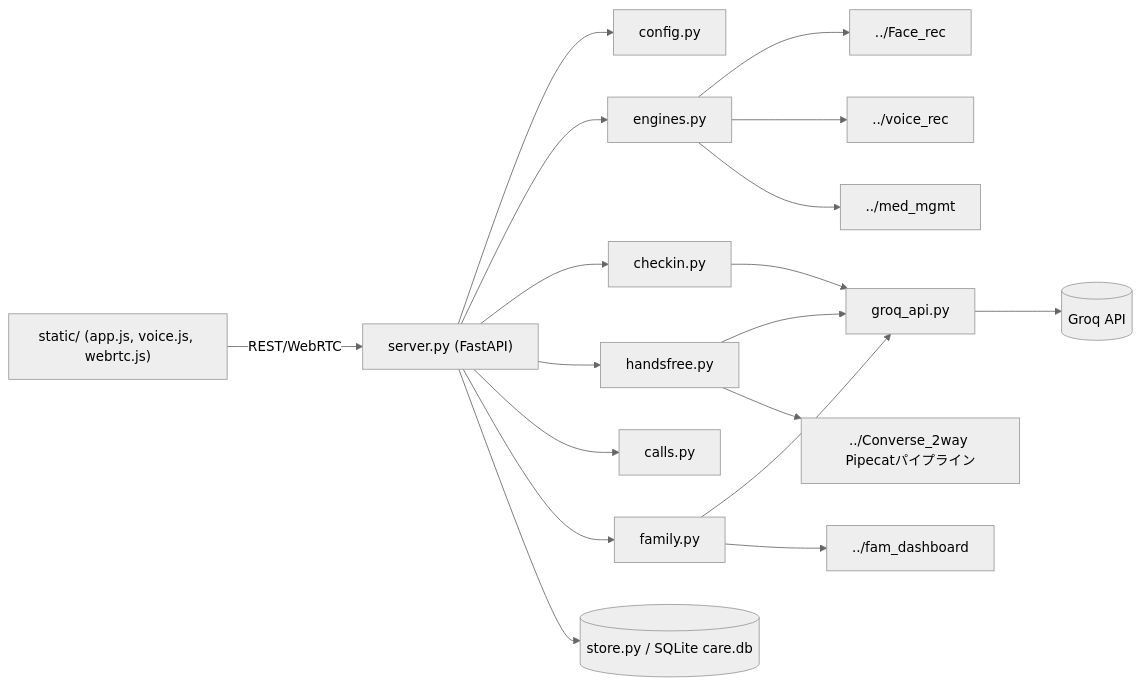
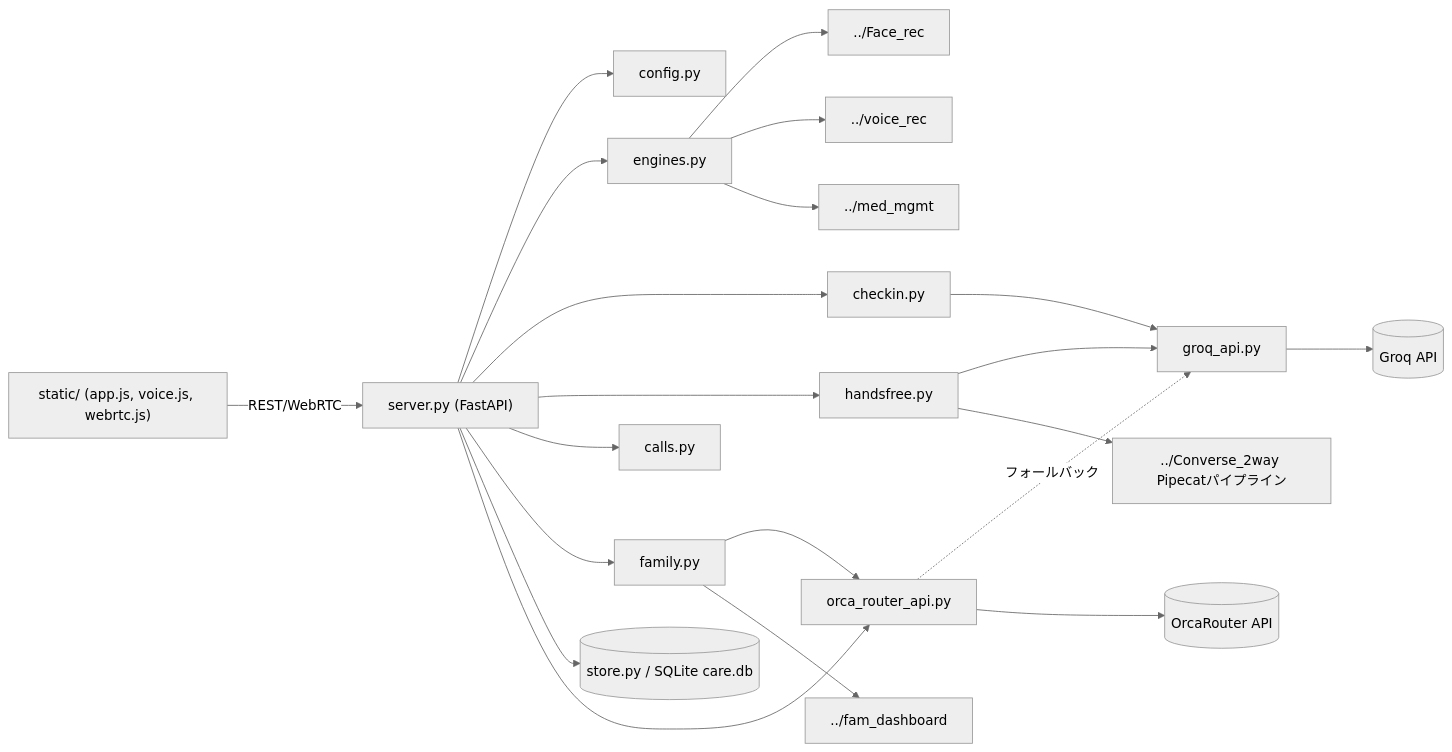
The first of 3 diagrams in eld_care_assist/docs/PROJECT_DOCUMENT.md (akspshat1/Eld-care-assist), drawn with Mermaid (neutral theme) before and after one commit. The commit also changed other lines of this file, not shown here.

````diff
--- a/eld_care_assist/docs/PROJECT_DOCUMENT.md
+++ b/eld_care_assist/docs/PROJECT_DOCUMENT.md
@@ -93,20 +99,23 @@
 ```mermaid
 flowchart LR
     UI["static/ (app.js, voice.js, webrtc.js)"] -- REST/WebRTC --> Server["server.py (FastAPI)"]
     Server --> Config[config.py]
     Server --> Engines[engines.py]
     Server --> Checkin[checkin.py]
     Server --> Handsfree[handsfree.py]
     Server --> Calls[calls.py]
     Server --> Family[family.py]
     Server --> Store[(store.py / SQLite care.db)]
     Checkin --> Groq[groq_api.py]
     Handsfree --> Groq
-    Family --> Groq
+    Server --> Orca[orca_router_api.py]
+    Family --> Orca
+    Orca -. フォールバック .-> Groq
     Engines --> FaceRec[../Face_rec]
     Engines --> VoiceRec[../voice_rec]
     Engines --> MedMgmt[../med_mgmt]
     Handsfree --> Converse[../Converse_2way Pipecatパイプライン]
     Family --> FamDash[../fam_dashboard]
     Groq --> GroqCloud[(Groq API)]
+    Orca --> OrcaCloud[(OrcaRouter API)]
 ```
````
